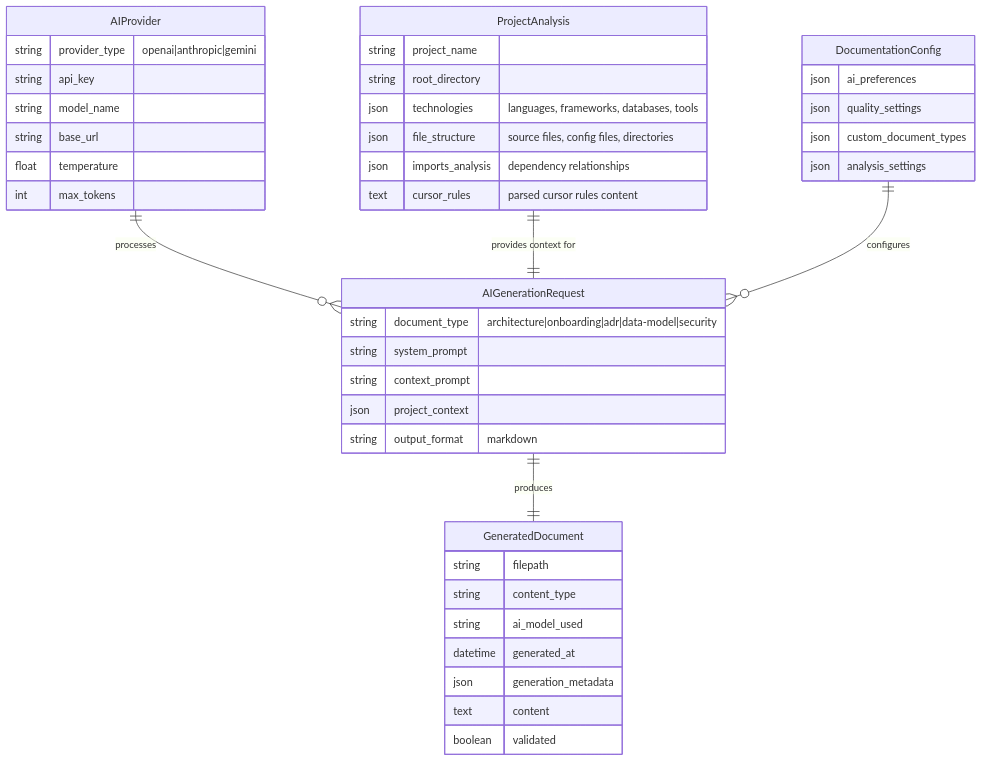
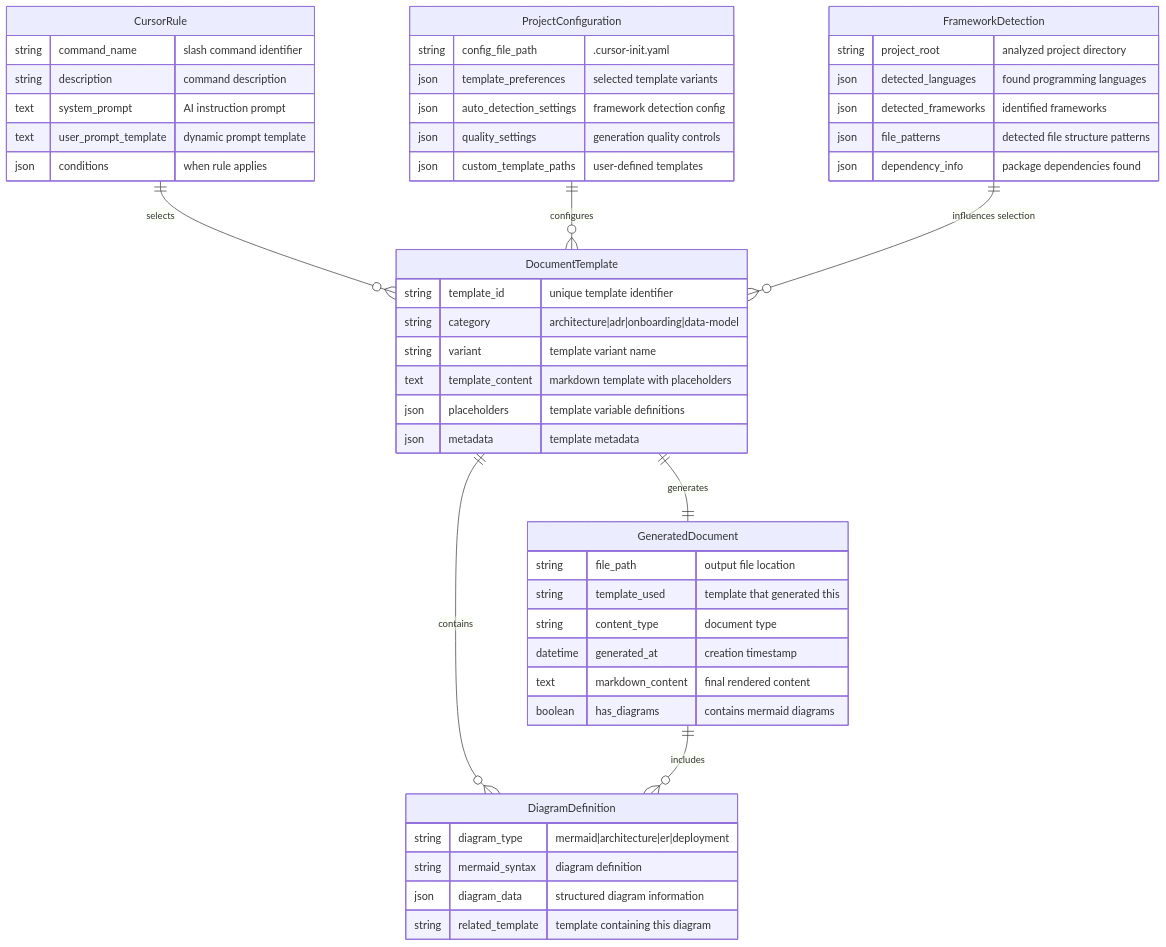
Before and after one commit to mgiovani/ai-cursor-init: the diagram in docs/data-model.md, drawn with Mermaid. The commit also changed other lines of this file and 47 other files, not shown here.

First line of the commit message:
🚀 Remove CLI References - Streamline to Pure Cursor IDE Framework (#18)

````diff
--- a/docs/data-model.md
+++ b/docs/data-model.md
@@ -9,50 +13,58 @@
 ```mermaid
 erDiagram
-    AIProvider {
-        string provider_type "openai|anthropic|gemini"
-        string api_key
-        string model_name
-        string base_url
-        float temperature
-        int max_tokens
+    CursorRule {
+        string command_name "slash command identifier"
+        string description "command description"
+        text system_prompt "AI instruction prompt"
+        text user_prompt_template "dynamic prompt template"
+        json conditions "when rule applies"
     }
     
-    ProjectAnalysis {
-        string project_name
-        string root_directory
-        json technologies "languages, frameworks, databases, tools"
-        json file_structure "source files, config files, directories"
-        json imports_analysis "dependency relationships"
-        text cursor_rules "parsed cursor rules content"
+    DocumentTemplate {
+        string template_id "unique template identifier"
+        string category "architecture|adr|onboarding|data-model"
+        string variant "template variant name"
+        text template_content "markdown template with placeholders"
+        json placeholders "template variable definitions"
+        json metadata "template metadata"
     }
     
-    AIGenerationRequest {
-        string document_type "architecture|onboarding|adr|data-model|security"
-        string system_prompt
-        string context_prompt
-        json project_context
-        string output_format "markdown"
+    ProjectConfiguration {
+        string config_file_path ".cursor-init.yaml"
+        json template_preferences "selected template variants"
+        json auto_detection_settings "framework detection config"
+        json quality_settings "generation quality controls"
+        json custom_template_paths "user-defined templates"
     }
     
     GeneratedDocument {
-        string filepath
-        string content_type
-        string ai_model_used
-        datetime generated_at
-        json generation_metadata
-        text content
-        boolean validated
+        string file_path "output file location"
+        string template_used "template that generated this"
+        string content_type "document type"
+        datetime generated_at "creation timestamp"
+        text markdown_content "final rendered content"
+        boolean has_diagrams "contains mermaid diagrams"
     }
     
-    DocumentationConfig {
-        json ai_preferences
-        json quality_settings
-        json custom_document_types
-        json analysis_settings
+    FrameworkDetection {
+        string project_root "analyzed project directory"
+        json detected_languages "found programming languages"
+        json detected_frameworks "identified frameworks"
+        json file_patterns "detected file structure patterns"
+        json dependency_info "package dependencies found"
     }
     
-    AIProvider ||--o{ AIGenerationRequest : "processes"
-    ProjectAnalysis ||--|| AIGenerationRequest : "provides context for"
-    AIGenerationRequest ||--|| GeneratedDocument : "produces"
-    DocumentationConfig ||--o{ AIGenerationRequest : "configures"
+    DiagramDefinition {
+        string diagram_type "mermaid|architecture|er|deployment"
+        string mermaid_syntax "diagram definition"
+        json diagram_data "structured diagram information"
+        string related_template "template containing this diagram"
+    }
+    
+    CursorRule ||--o{ DocumentTemplate : "selects"
+    ProjectConfiguration ||--o{ DocumentTemplate : "configures"
+    DocumentTemplate ||--|| GeneratedDocument : "generates"
+    FrameworkDetection ||--o{ DocumentTemplate : "influences selection"
+    DocumentTemplate ||--o{ DiagramDefinition : "contains"
+    GeneratedDocument ||--o{ DiagramDefinition : "includes"
 ```
````
